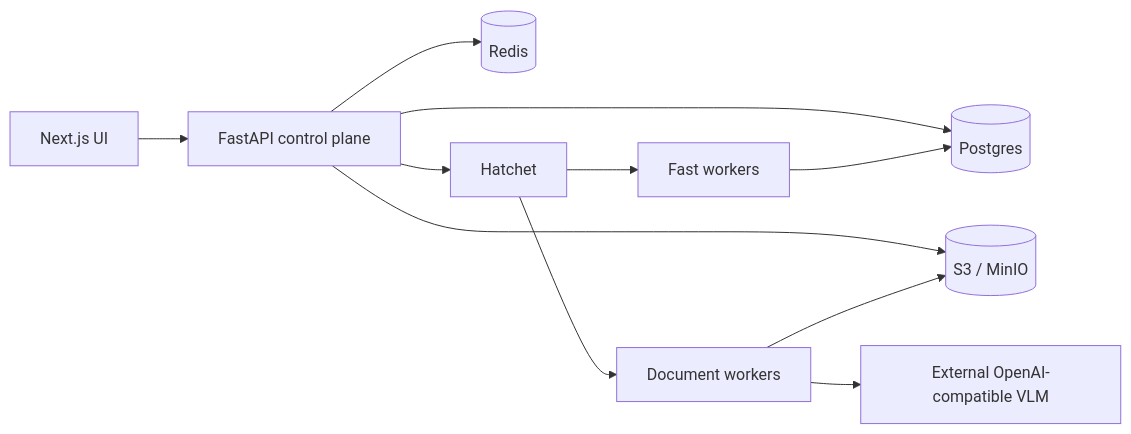
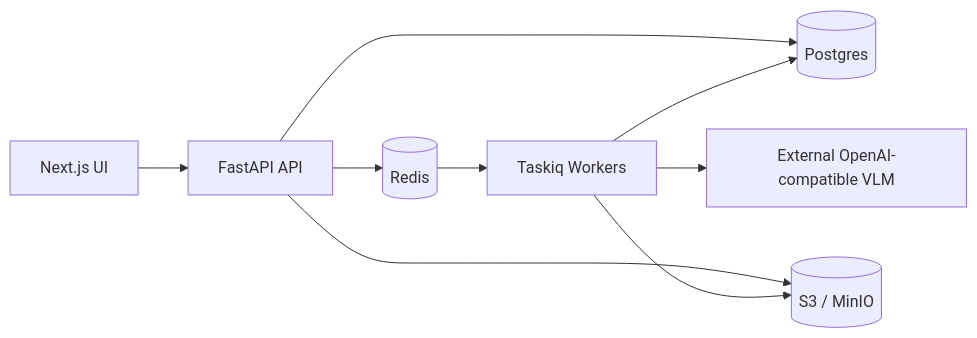
One commit to MehdiGououiad/repody changed the diagram in README.md. Above: the diagram before and after it, drawn with Mermaid. The commit also changed other lines of this file and 270 other files, not shown here.

````diff
--- a/README.md
+++ b/README.md
@@ -19,13 +12,11 @@
 ```mermaid
 flowchart LR
-  Web[Next.js UI] --> API[FastAPI control plane]
+  Web[Next.js UI] --> API[FastAPI API]
   API --> PG[(Postgres)]
   API --> RD[(Redis)]
   API --> S3[(S3 / MinIO)]
-  API --> H[Hatchet]
-  H --> WO[Document workers]
-  H --> WF[Fast workers]
-  WO --> VLM[External OpenAI-compatible VLM]
-  WO --> S3
-  WF --> PG
+  RD --> W[Taskiq Workers]
+  W --> VLM[External OpenAI-compatible VLM]
+  W --> S3
+  W --> PG
 ```
````
